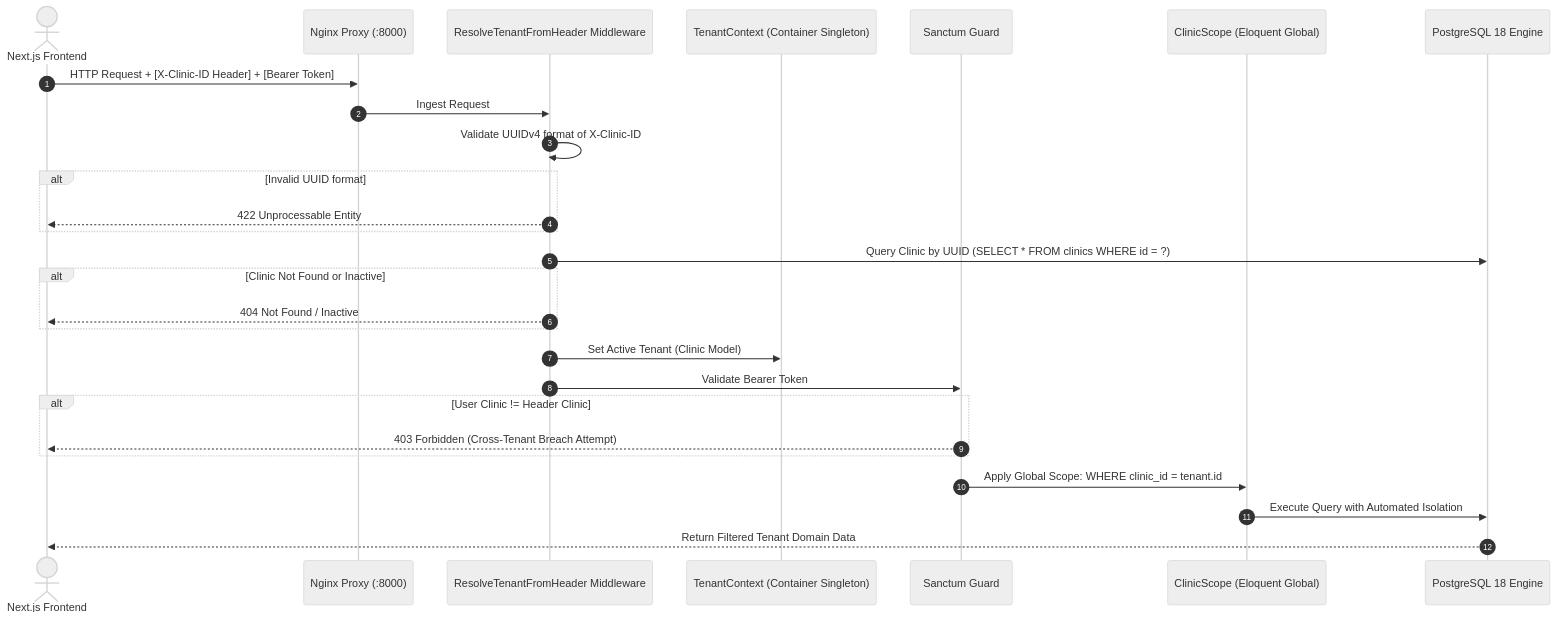
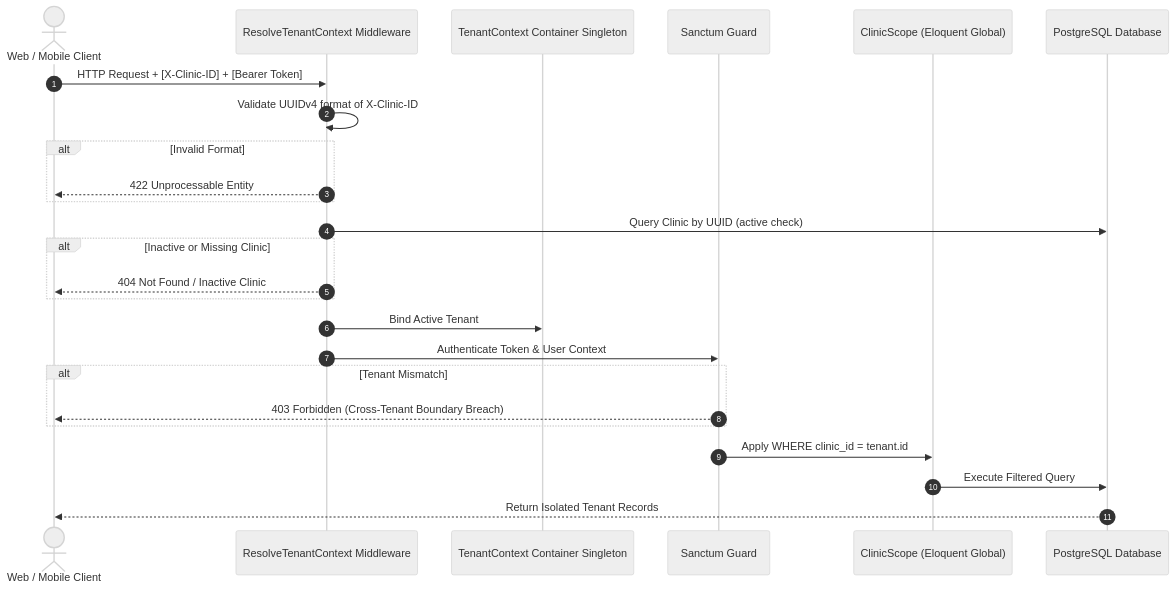
Before and after one commit to Abdelkouddous/care-pulse-v1: the second of 6 diagrams in docs/architecture_system_concepts.md, drawn with Mermaid (neutral theme). The commit also changed other lines of this file and 316 other files, not shown here.

````diff
--- a/docs/architecture_system_concepts.md
+++ b/docs/architecture_system_concepts.md
@@ -93,33 +64,31 @@
 ```mermaid
 sequenceDiagram
     autonumber
-    actor Client as Next.js Frontend
-    participant Proxy as Nginx Proxy (:8000)
-    participant MW as ResolveTenantFromHeader Middleware
-    participant Ctx as TenantContext (Container Singleton)
+    actor Client as Web / Mobile Client
+    participant MW as ResolveTenantContext Middleware
+    participant Ctx as TenantContext Container Singleton
     participant Auth as Sanctum Guard
     participant Scope as ClinicScope (Eloquent Global)
-    participant DB as PostgreSQL 18 Engine
+    participant DB as PostgreSQL Database
 
-    Client->>Proxy: HTTP Request + [X-Clinic-ID Header] + [Bearer Token]
-    Proxy->>MW: Ingest Request
+    Client->>MW: HTTP Request + [X-Clinic-ID] + [Bearer Token]
     MW->>MW: Validate UUIDv4 format of X-Clinic-ID
-    alt Invalid UUID format
+    alt Invalid Format
         MW-->>Client: 422 Unprocessable Entity
     end
 
-    MW->>DB: Query Clinic by UUID (SELECT * FROM clinics WHERE id = ?)
-    alt Clinic Not Found or Inactive
-        MW-->>Client: 404 Not Found / Inactive
+    MW->>DB: Query Clinic by UUID (active check)
+    alt Inactive or Missing Clinic
+        MW-->>Client: 404 Not Found / Inactive Clinic
     end
 
-    MW->>Ctx: Set Active Tenant (Clinic Model)
-    MW->>Auth: Validate Bearer Token
-    alt User Clinic != Header Clinic
-        Auth-->>Client: 403 Forbidden (Cross-Tenant Breach Attempt)
+    MW->>Ctx: Bind Active Tenant
+    MW->>Auth: Authenticate Token & User Context
+    alt Tenant Mismatch
+        Auth-->>Client: 403 Forbidden (Cross-Tenant Boundary Breach)
     end
 
-    Auth->>Scope: Apply Global Scope: WHERE clinic_id = tenant.id
-    Scope->>DB: Execute Query with Automated Isolation
-    DB-->>Client: Return Filtered Tenant Domain Data
+    Auth->>Scope: Apply WHERE clinic_id = tenant.id
+    Scope->>DB: Execute Filtered Query
+    DB-->>Client: Return Isolated Tenant Records
 ```
````
